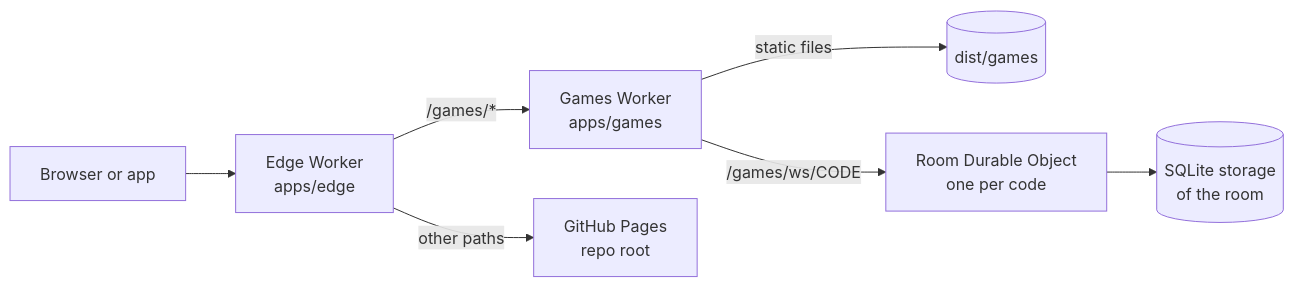
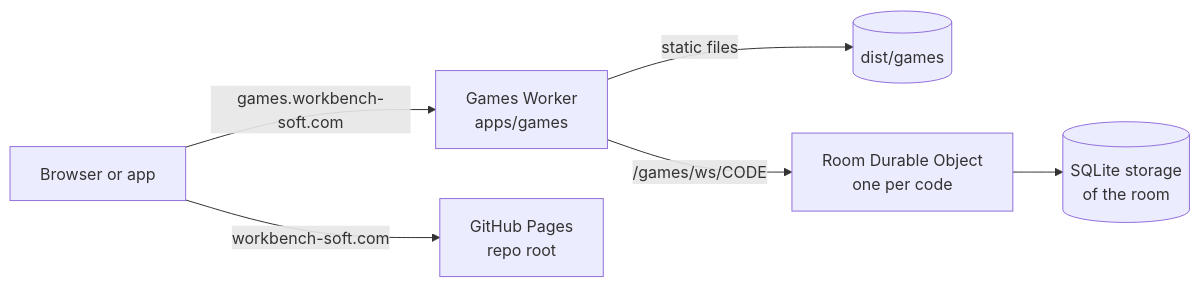
One commit to workbench-soft/workbench-soft.github.io changed the first of 3 diagrams in apps/games/docs/architecture.md. Above: the diagram before and after it, drawn with Mermaid. The commit also changed other lines of this file and 27 other files, not shown here.

First line of the commit message:
Serve the games at games.workbench-soft.com and list them on the home page (#21)

````diff
--- a/apps/games/docs/architecture.md
+++ b/apps/games/docs/architecture.md
@@ -7,9 +7,8 @@
 ```mermaid
 flowchart LR
-  B[Browser or app] --> E[Edge Worker<br/>apps/edge]
-  E -- /games/* --> G[Games Worker<br/>apps/games]
-  E -- other paths --> P[GitHub Pages<br/>repo root]
+  B[Browser or app] -- games.workbench-soft.com --> G[Games Worker<br/>apps/games]
+  B -- workbench-soft.com --> P[GitHub Pages<br/>repo root]
   G -- static files --> A[(dist/games)]
   G -- /games/ws/CODE --> R[Room Durable Object<br/>one per code]
   R --> S[(SQLite storage<br/>of the room)]
 ```
````
